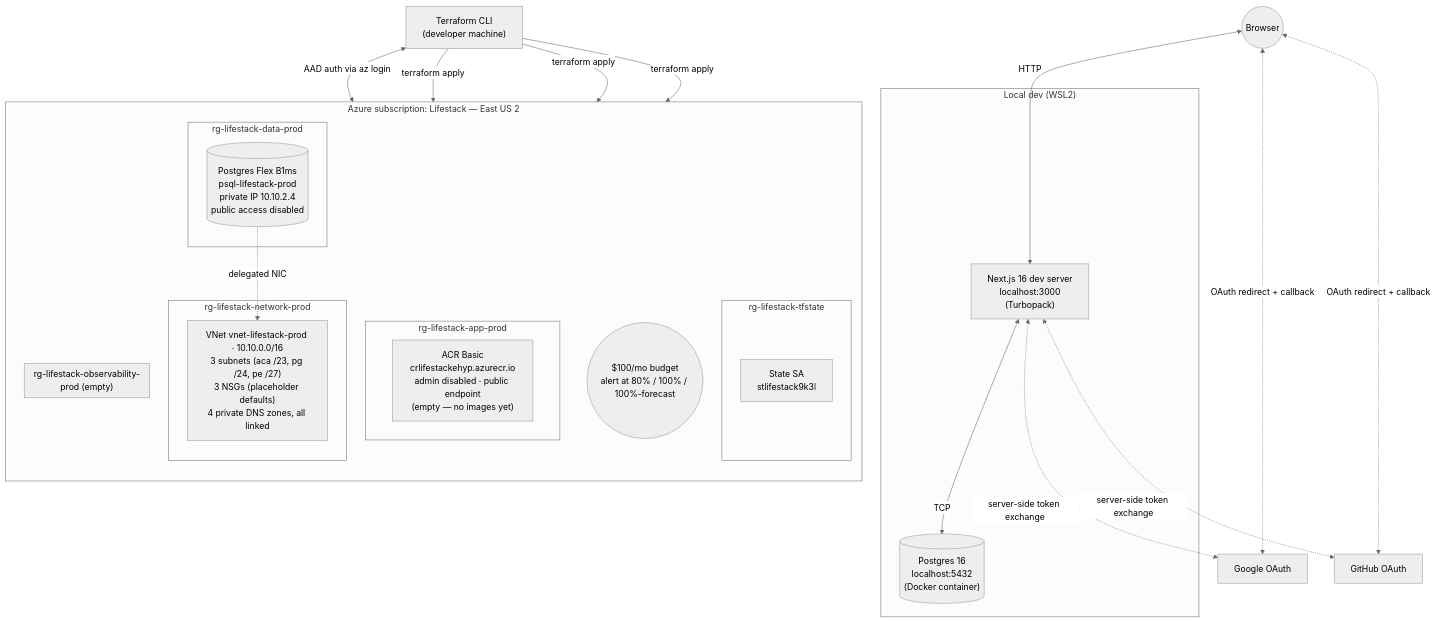
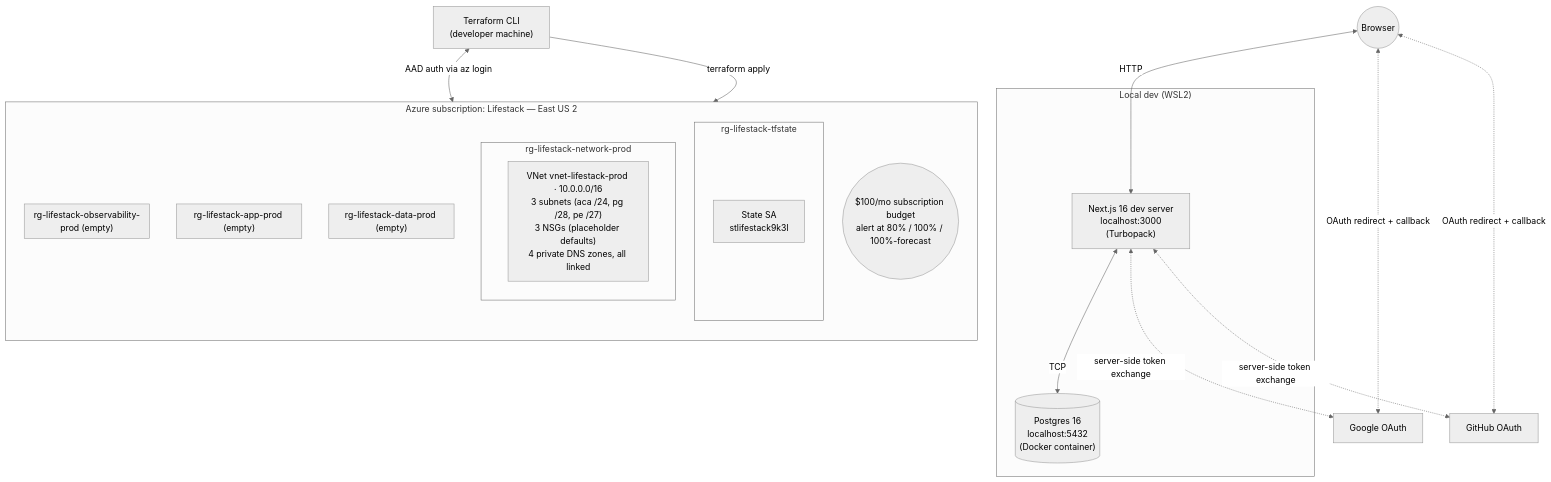
Before and after one commit to bkylee/lifestack: the first of 3 diagrams in docs/architecture.md, drawn with Mermaid (neutral theme). The commit also changed other lines of this file and 1 other file, not shown here.

First line of the commit message:
docs: reconcile CIDR ground truth (10.0.0.0/16) across architecture + CLAUDE.md

````diff
--- a/docs/architecture.md
+++ b/docs/architecture.md
@@ -13,44 +13,39 @@
 ```mermaid
 flowchart TB
   Browser((Browser))
   Google[Google OAuth]
   GitHub[GitHub OAuth]
 
   subgraph Local["Local dev (WSL2)"]
     Next["Next.js 16 dev server<br/>localhost:3000<br/>(Turbopack)"]
     Pg[("Postgres 16<br/>localhost:5432<br/>(Docker container)")]
     Next <-->|TCP| Pg
   end
 
   Browser <-->|HTTP| Next
   Browser <-.->|OAuth redirect + callback| Google
   Browser <-.->|OAuth redirect + callback| GitHub
   Next <-.->|server-side token exchange| Google
   Next <-.->|server-side token exchange| GitHub
 
   subgraph AzureSub["Azure subscription: Lifestack — East US 2"]
     direction TB
     subgraph TfRG["rg-lifestack-tfstate"]
       SA["State SA<br/>stlifestack9k3l"]
     end
     subgraph NetRG["rg-lifestack-network-prod"]
-      VNet["VNet vnet-lifestack-prod · 10.10.0.0/16<br/>3 subnets (aca /23, pg /24, pe /27)<br/>3 NSGs (placeholder defaults)<br/>4 private DNS zones, all linked"]
+      VNet["VNet vnet-lifestack-prod · 10.0.0.0/16<br/>3 subnets (aca /24, pg /28, pe /27)<br/>3 NSGs (placeholder defaults)<br/>4 private DNS zones, all linked"]
     end
-    subgraph DataRG["rg-lifestack-data-prod"]
-      Pg2[("Postgres Flex B1ms<br/>psql-lifestack-prod<br/>private IP 10.10.2.4<br/>public access disabled")]
+    subgraph DataRG["rg-lifestack-data-prod (empty)"]
     end
-    subgraph AppRG["rg-lifestack-app-prod"]
-      ACR2["ACR Basic<br/>crlifestackehyp.azurecr.io<br/>admin disabled · public endpoint<br/>(empty — no images yet)"]
+    subgraph AppRG["rg-lifestack-app-prod (empty)"]
     end
     subgraph ObsRG["rg-lifestack-observability-prod (empty)"]
     end
-    Budget(("$100/mo budget<br/>alert at 80% / 100% / 100%-forecast"))
+    Budget(("$100/mo subscription budget<br/>alert at 80% / 100% / 100%-forecast"))
   end
 
   TfCLI["Terraform CLI<br/>(developer machine)"]
   TfCLI <-->|AAD auth via az login| SA
   TfCLI -->|terraform apply| NetRG
-  TfCLI -->|terraform apply| DataRG
-  TfCLI -->|terraform apply| AppRG
-  Pg2 -.->|delegated NIC| VNet
 ```
````
